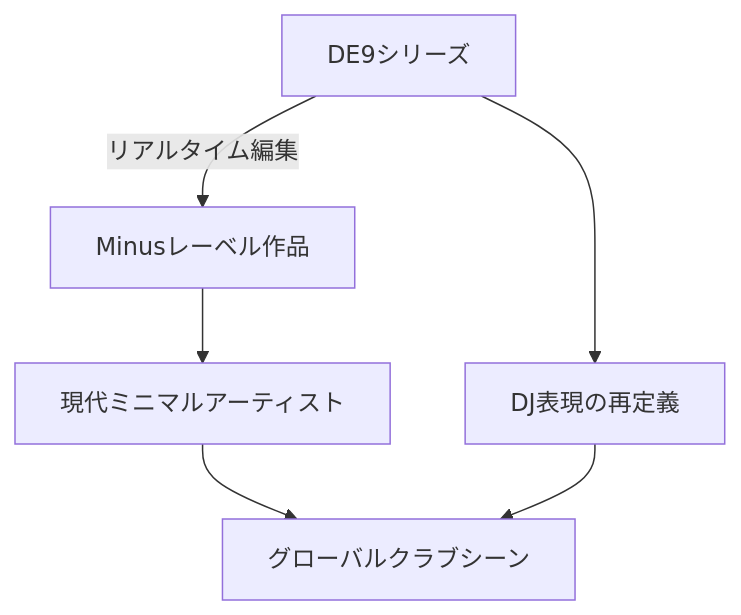
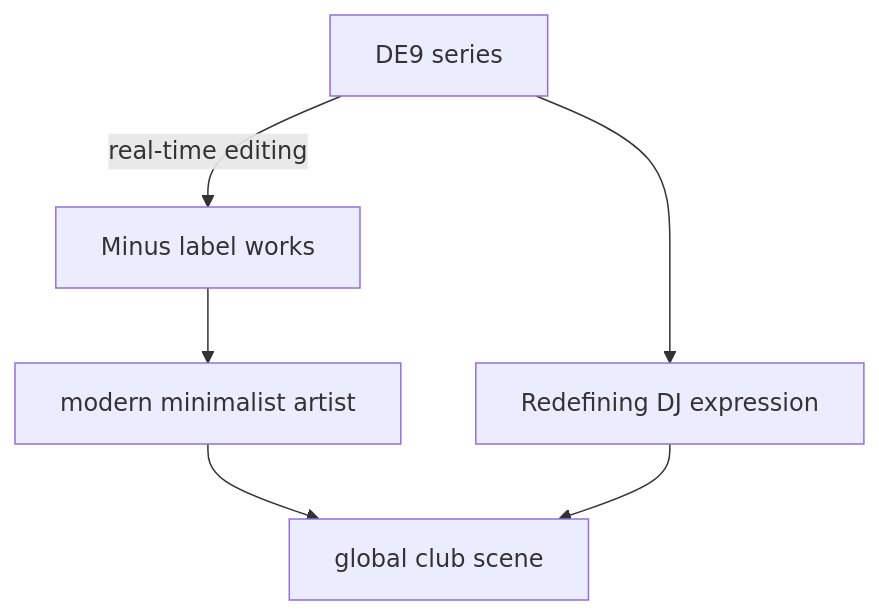
The first of 7 diagrams in en/_posts/2025-10-24-column-plastikman-richie-hawtin.md (monumental-movement/monumental-movement.github.io), drawn with Mermaid before and after one commit. The commit also changed other lines of this file and 152 other files, not shown here.

```diff
--- a/en/_posts/2025-10-24-column-plastikman-richie-hawtin.md
+++ b/en/_posts/2025-10-24-column-plastikman-richie-hawtin.md
@@ -174,10 +174,10 @@
 <div class="mermaid">
 
 flowchart TD
-    A[DE9シリーズ] -->|リアルタイム編集| B[Minusレーベル作品]
-    B --> C[現代ミニマルアーティスト]
-    C --> D[グローバルクラブシーン]
-    A --> E[DJ表現の再定義]
+    A[DE9 series] -->|real-time editing| B[Minus label works]
+    B --> C[modern minimalist artist]
+    C --> D[global club scene]
+    A --> E[Redefining DJ expression]
     E --> D
 
 </div>
```
